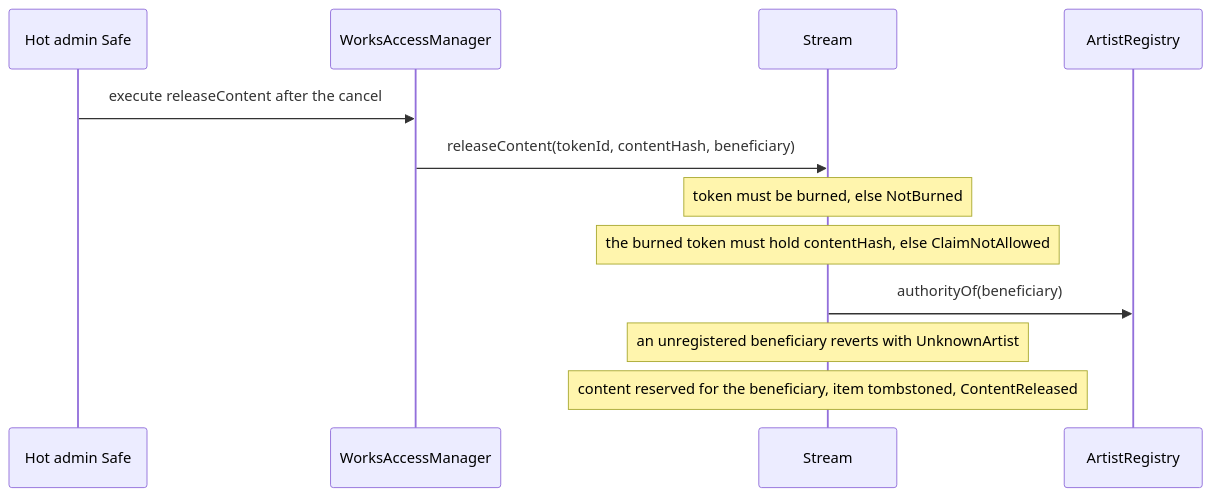
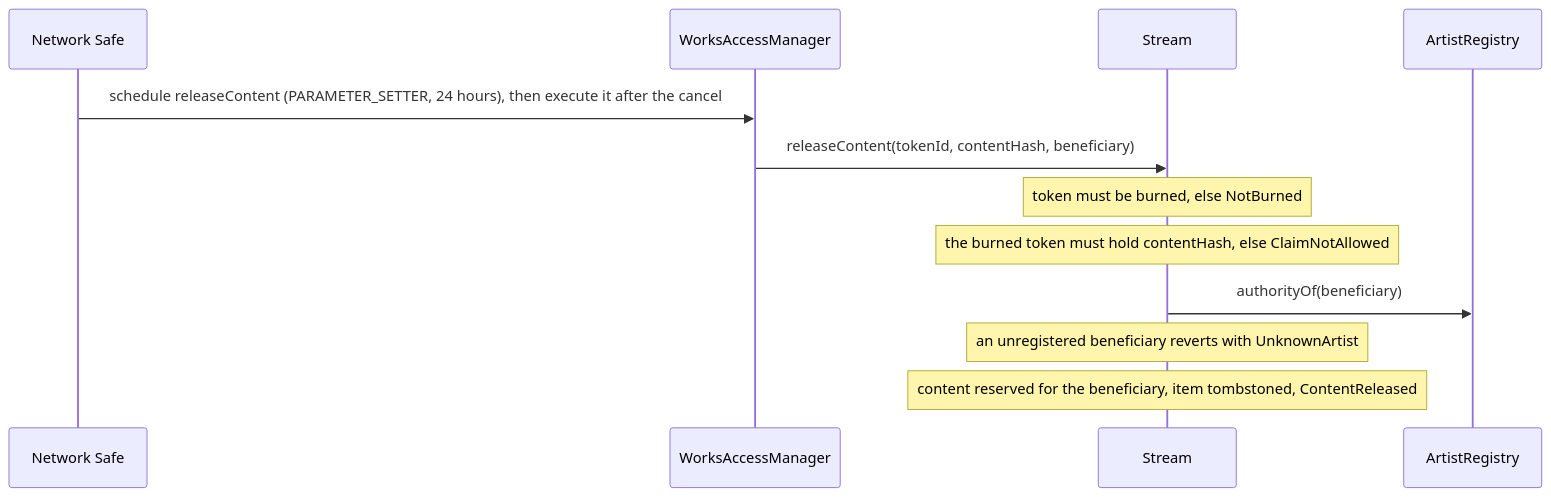
The fifth of 9 diagrams in docs/spec/disputes-and-statements.md (6529-Collections/6529-works), drawn with Mermaid before and after one commit. The commit also changed other lines of this file and 352 other files, not shown here.

````diff
--- a/docs/spec/disputes-and-statements.md
+++ b/docs/spec/disputes-and-statements.md
@@ -302,14 +295,14 @@
 ```mermaid
 sequenceDiagram
-    participant S as Hot admin Safe
+    participant S as Network Safe
     participant M as WorksAccessManager
     participant T as Stream
     participant AR as ArtistRegistry
-    S->>M: execute releaseContent after the cancel
+    S->>M: schedule releaseContent (PARAMETER_SETTER, 24 hours), then execute it after the cancel
     M->>T: releaseContent(tokenId, contentHash, beneficiary)
     Note over T: token must be burned, else NotBurned
     Note over T: the burned token must hold contentHash, else ClaimNotAllowed
     T->>AR: authorityOf(beneficiary)
     Note over T: an unregistered beneficiary reverts with UnknownArtist
     Note over T: content reserved for the beneficiary, item tombstoned, ContentReleased
 ```
````
